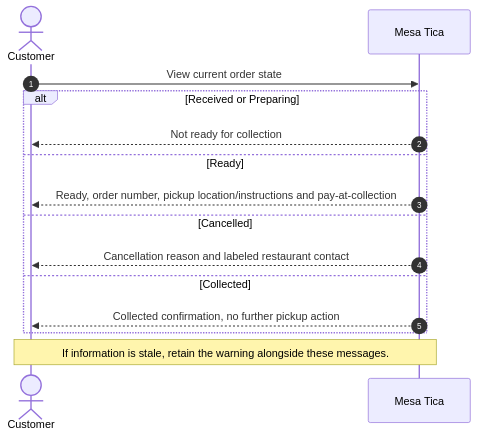
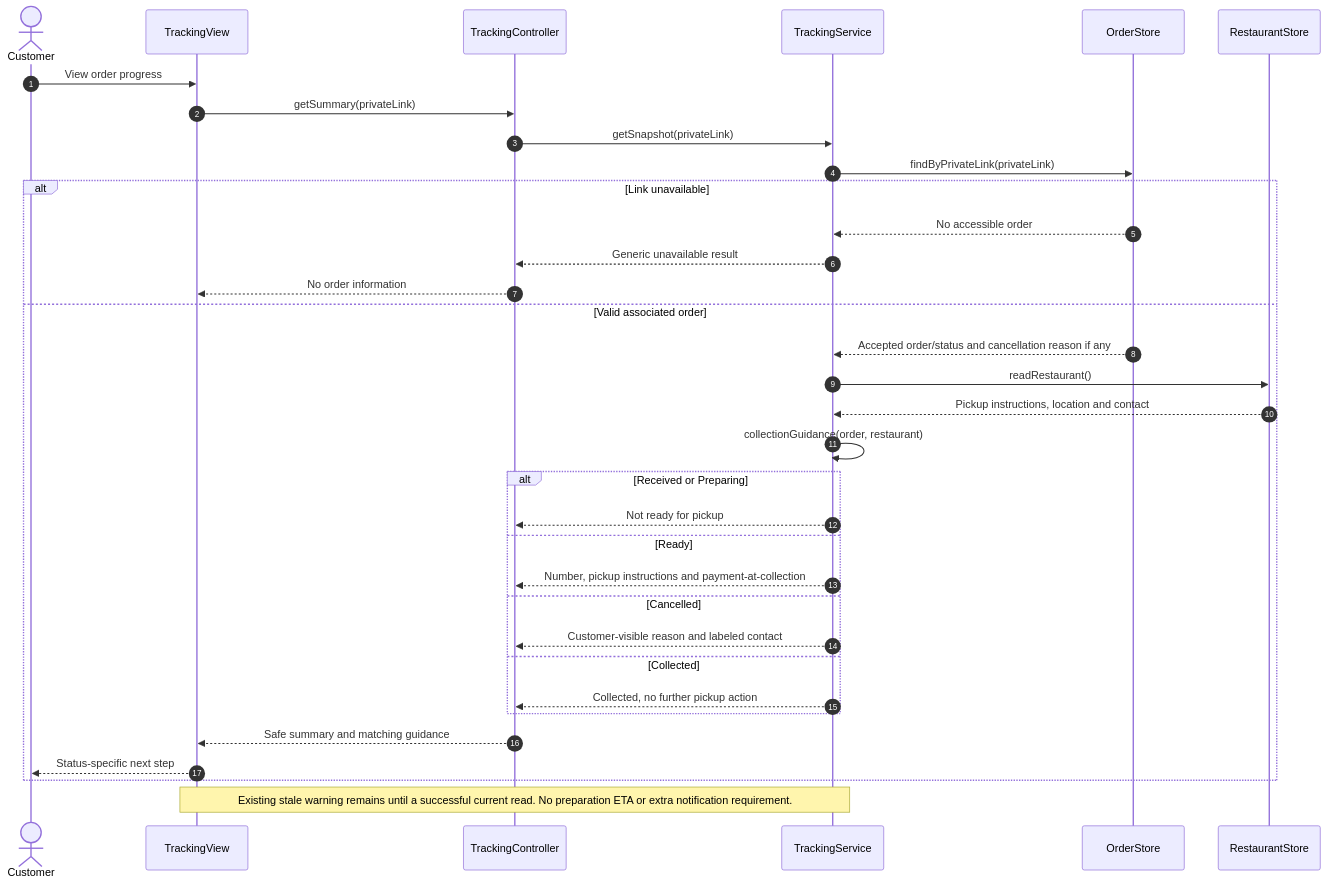
The diagram in design/diagrams/C3-instructions.mmd (axantillon/mesa-tica), drawn with Mermaid before and after one commit. The commit also changed 16 other files, not shown here.

Commit message:
Define framework-agnostic architecture and detailed interaction design

```diff
--- a/design/diagrams/C3-instructions.mmd
+++ b/design/diagrams/C3-instructions.mmd
@@ -1,15 +1,34 @@
 sequenceDiagram
     autonumber
     actor Customer
-    participant Product as Mesa Tica
-    Customer->>Product: View current order state
+    participant UI as TrackingView
+    participant C as TrackingController
+    participant S as TrackingService
+    participant O as OrderStore
+    participant R as RestaurantStore
+    Customer->>UI: View order progress
+    UI->>C: getSummary(privateLink)
+    C->>S: getSnapshot(privateLink)
+    S->>O: findByPrivateLink(privateLink)
+    alt Link unavailable
+    O-->>S: No accessible order
+    S-->>C: Generic unavailable result
+    C-->>UI: No order information
+    else Valid associated order
+    O-->>S: Accepted order/status and cancellation reason if any
+    S->>R: readRestaurant()
+    R-->>S: Pickup instructions, location and contact
+    S->>S: collectionGuidance(order, restaurant)
     alt Received or Preparing
-    Product-->>Customer: Not ready for collection
+    S-->>C: Not ready for pickup
     else Ready
-    Product-->>Customer: Ready, order number, pickup location/instructions and pay-at-collection
+    S-->>C: Number, pickup instructions and payment-at-collection
     else Cancelled
-    Product-->>Customer: Cancellation reason and labeled restaurant contact
+    S-->>C: Customer-visible reason and labeled contact
     else Collected
-    Product-->>Customer: Collected confirmation, no further pickup action
+    S-->>C: Collected, no further pickup action
     end
-    Note over Customer,Product: If information is stale, retain the warning alongside these messages.
+    C-->>UI: Safe summary and matching guidance
+    UI-->>Customer: Status-specific next step
+    end
+    Note over UI,S: Existing stale warning remains until a successful current read. No preparation ETA or extra notification requirement.
```
